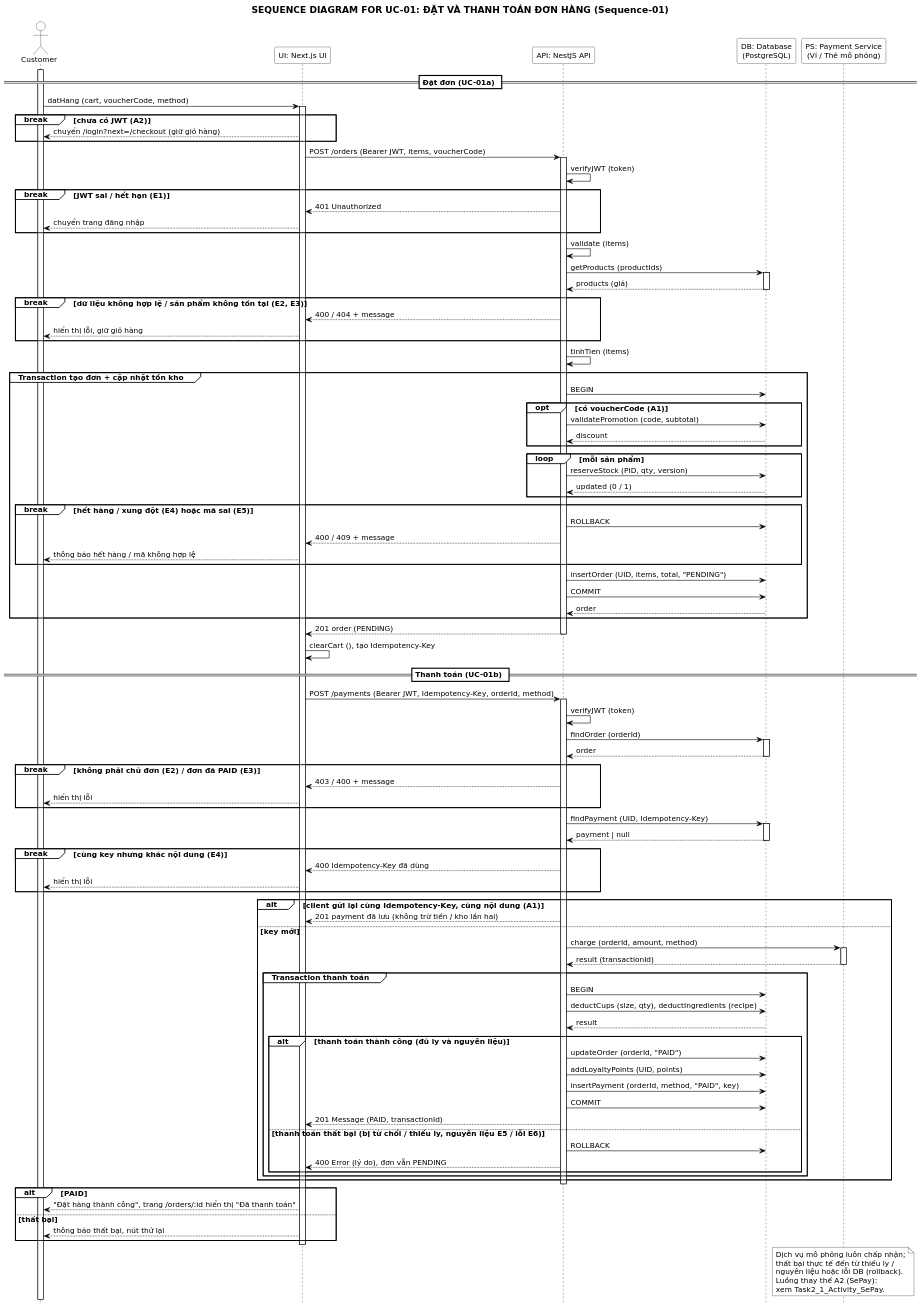
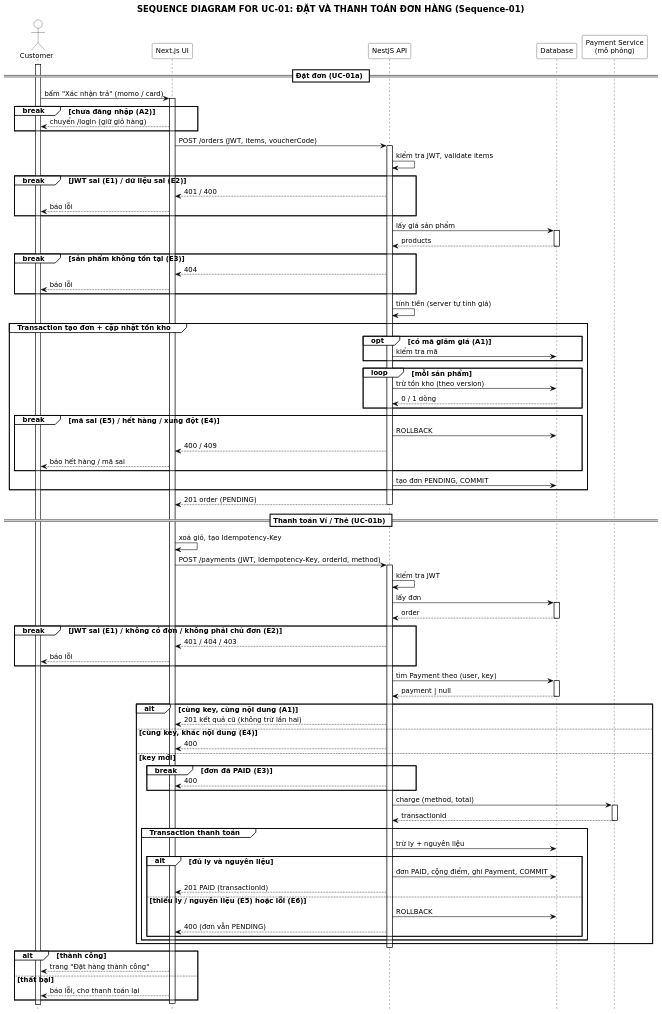
One commit to Bao3Q/PhucLong changed the diagram in docs/diagrams/Task2_2_Sequence.puml. Above: the diagram before and after it, drawn with PlantUML. The commit also changed 27 other files, not shown here.

Commit message:
Sửa phân quyền đổi trạng thái đơn (FR-09) và vẽ lại sơ đồ cho khớp code

```diff
--- a/docs/diagrams/Task2_2_Sequence.puml
+++ b/docs/diagrams/Task2_2_Sequence.puml
@@ -1,137 +1,119 @@
 @startuml Task2_2_Sequence
 skinparam backgroundColor white
 skinparam shadowing false
 skinparam defaultFontName DejaVu Sans
 skinparam defaultFontSize 13
-skinparam dpi 140
+skinparam dpi 130
 skinparam TitleFontSize 16
 skinparam ParticipantBackgroundColor white
 skinparam ParticipantBorderColor black
 skinparam ActorBackgroundColor white
 skinparam ActorBorderColor black
 skinparam SequenceLifeLineBorderColor black
 skinparam SequenceLifeLineBackgroundColor white
 skinparam SequenceGroupBorderColor black
 skinparam SequenceGroupBackgroundColor white
 skinparam SequenceGroupHeaderFontStyle bold
 skinparam ArrowColor black
 skinparam SequenceDividerBackgroundColor white
 skinparam SequenceDividerBorderColor black
 skinparam SequenceGroupHeaderFontColor black
-skinparam NoteBackgroundColor white
-skinparam NoteBorderColor black
 skinparam sequenceMessageAlign left
 hide footbox
 title SEQUENCE DIAGRAM FOR UC-01: ĐẶT VÀ THANH TOÁN ĐƠN HÀNG (Sequence-01)
 
 actor "Customer" as C
-participant "UI: Next.js UI" as UI
-participant "API: NestJS API" as API
-participant "DB: Database\n(PostgreSQL)" as DB
-participant "PS: Payment Service\n(Ví / Thẻ mô phỏng)" as PS
+participant "Next.js UI" as UI
+participant "NestJS API" as API
+participant "Database" as DB
+participant "Payment Service\n(mô phỏng)" as PS
 
 == Đặt đơn (UC-01a) ==
 activate C
-C -> UI : datHang (cart, voucherCode, method)
+C -> UI : bấm "Xác nhận trả" (momo / card)
 activate UI
-break chưa có JWT (A2)
-  UI --> C : chuyển /login?next=/checkout (giữ giỏ hàng)
+break chưa đăng nhập (A2)
+  UI --> C : chuyển /login (giữ giỏ hàng)
 end
-UI -> API : POST /orders (Bearer JWT, items, voucherCode)
+UI -> API : POST /orders (JWT, items, voucherCode)
 activate API
-API -> API : verifyJWT (token)
-break JWT sai / hết hạn (E1)
-  API --> UI : 401 Unauthorized
-  UI --> C : chuyển trang đăng nhập
+API -> API : kiểm tra JWT, validate items
+break JWT sai (E1) / dữ liệu sai (E2)
+  API --> UI : 401 / 400
+  UI --> C : báo lỗi
 end
-API -> API : validate (items)
-API -> DB : getProducts (productIds)
+API -> DB : lấy giá sản phẩm
 activate DB
-DB --> API : products (giá)
+DB --> API : products
 deactivate DB
-break dữ liệu không hợp lệ / sản phẩm không tồn tại (E2, E3)
-  API --> UI : 400 / 404 + message
-  UI --> C : hiển thị lỗi, giữ giỏ hàng
+break sản phẩm không tồn tại (E3)
+  API --> UI : 404
+  UI --> C : báo lỗi
 end
-API -> API : tinhTien (items)
+API -> API : tính tiền (server tự tính giá)
 group Transaction tạo đơn + cập nhật tồn kho
-  API -> DB : BEGIN
-  opt có voucherCode (A1)
-    API -> DB : validatePromotion (code, subtotal)
-    DB --> API : discount
+  opt có mã giảm giá (A1)
+    API -> DB : kiểm tra mã
   end
   loop mỗi sản phẩm
-    API -> DB : reserveStock (PID, qty, version)
-    DB --> API : updated (0 / 1)
+    API -> DB : trừ tồn kho (theo version)
+    DB --> API : 0 / 1 dòng
   end
-  break hết hàng / xung đột (E4) hoặc mã sai (E5)
+  break mã sai (E5) / hết hàng / xung đột (E4)
     API -> DB : ROLLBACK
-    API --> UI : 400 / 409 + message
-    UI --> C : thông báo hết hàng / mã không hợp lệ
+    API --> UI : 400 / 409
+    UI --> C : báo hết hàng / mã sai
   end
-  API -> DB : insertOrder (UID, items, total, "PENDING")
-  API -> DB : COMMIT
-  DB --> API : order
+  API -> DB : tạo đơn PENDING, COMMIT
 end
 API --> UI : 201 order (PENDING)
 deactivate API
-UI -> UI : clearCart (), tạo Idempotency-Key
 
-== Thanh toán (UC-01b) ==
-UI -> API : POST /payments (Bearer JWT, Idempotency-Key, orderId, method)
+== Thanh toán Ví / Thẻ (UC-01b) ==
+UI -> UI : xoá giỏ, tạo Idempotency-Key
+UI -> API : POST /payments (JWT, Idempotency-Key, orderId, method)
 activate API
-API -> API : verifyJWT (token)
-API -> DB : findOrder (orderId)
+API -> API : kiểm tra JWT
+API -> DB : lấy đơn
 activate DB
 DB --> API : order
 deactivate DB
-break không phải chủ đơn (E2) / đơn đã PAID (E3)
-  API --> UI : 403 / 400 + message
-  UI --> C : hiển thị lỗi
+break JWT sai (E1) / không có đơn / không phải chủ đơn (E2)
+  API --> UI : 401 / 404 / 403
+  UI --> C : báo lỗi
 end
-API -> DB : findPayment (UID, Idempotency-Key)
+API -> DB : tìm Payment theo (user, key)
 activate DB
 DB --> API : payment | null
 deactivate DB
-break cùng key nhưng khác nội dung (E4)
-  API --> UI : 400 Idempotency-Key đã dùng
-  UI --> C : hiển thị lỗi
-end
-alt client gửi lại cùng Idempotency-Key, cùng nội dung (A1)
-  API --> UI : 201 payment đã lưu (không trừ tiền / kho lần hai)
+alt cùng key, cùng nội dung (A1)
+  API --> UI : 201 kết quả cũ (không trừ lần hai)
+else cùng key, khác nội dung (E4)
+  API --> UI : 400
 else key mới
-  API -> PS : charge (orderId, amount, method)
+  break đơn đã PAID (E3)
+    API --> UI : 400
+  end
+  API -> PS : charge (method, total)
   activate PS
-  PS --> API : result (transactionId)
+  PS --> API : transactionId
   deactivate PS
   group Transaction thanh toán
-    API -> DB : BEGIN
-    API -> DB : deductCups (size, qty), deductIngredients (recipe)
-    DB --> API : result
-    alt thanh toán thành công (đủ ly và nguyên liệu)
-      API -> DB : updateOrder (orderId, "PAID")
-      API -> DB : addLoyaltyPoints (UID, points)
-      API -> DB : insertPayment (orderId, method, "PAID", key)
-      API -> DB : COMMIT
-      API --> UI : 201 Message (PAID, transactionId)
-    else thanh toán thất bại (bị từ chối / thiếu ly, nguyên liệu E5 / lỗi E6)
+    API -> DB : trừ ly + nguyên liệu
+    alt đủ ly và nguyên liệu
+      API -> DB : đơn PAID, cộng điểm, ghi Payment, COMMIT
+      API --> UI : 201 PAID (transactionId)
+    else thiếu ly / nguyên liệu (E5) hoặc lỗi (E6)
       API -> DB : ROLLBACK
-      API --> UI : 400 Error (lý do), đơn vẫn PENDING
+      API --> UI : 400 (đơn vẫn PENDING)
     end
   end
 end
 deactivate API
-alt PAID
-  UI --> C : "Đặt hàng thành công", trang /orders/:id hiển thị "Đã thanh toán"
+alt thành công
+  UI --> C : trang "Đặt hàng thành công"
 else thất bại
-  UI --> C : thông báo thất bại, nút thử lại
+  UI --> C : báo lỗi, cho thanh toán lại
 end
 deactivate UI
-note over PS
-  Dịch vụ mô phỏng luôn chấp nhận;
-  thất bại thực tế đến từ thiếu ly /
-  nguyên liệu hoặc lỗi DB (rollback).
-  Luồng thay thế A2 (SePay):
-  xem Task2_1_Activity_SePay.
-end note
 @enduml
```
